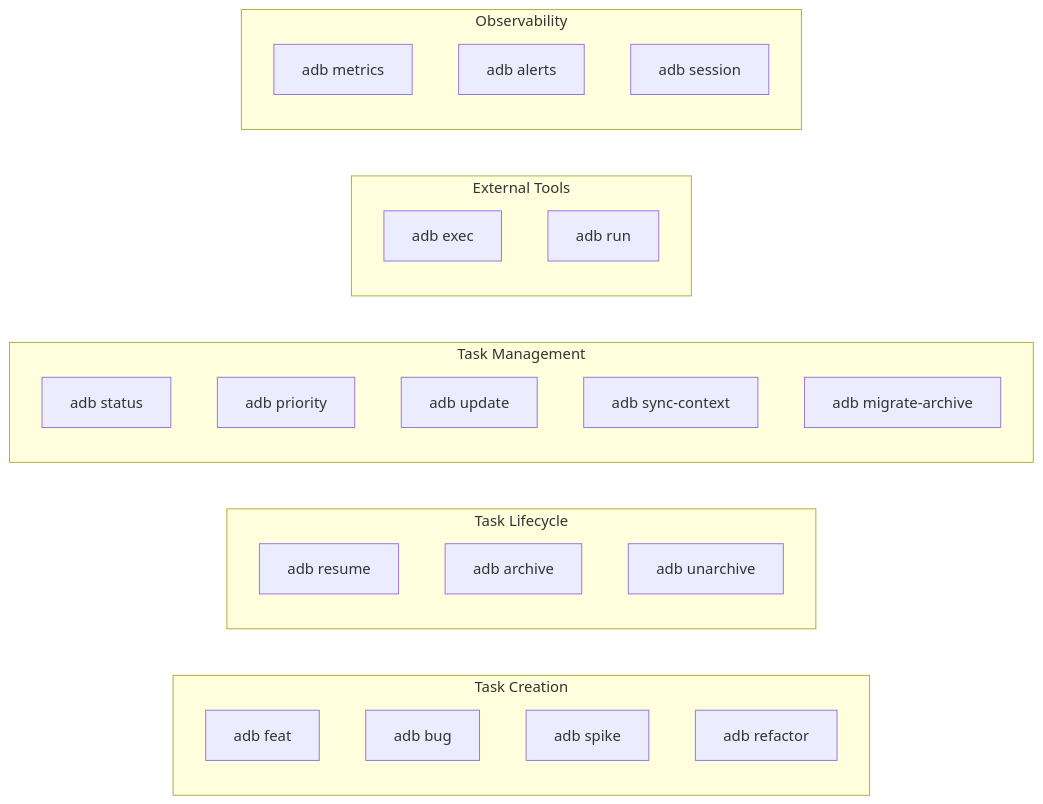
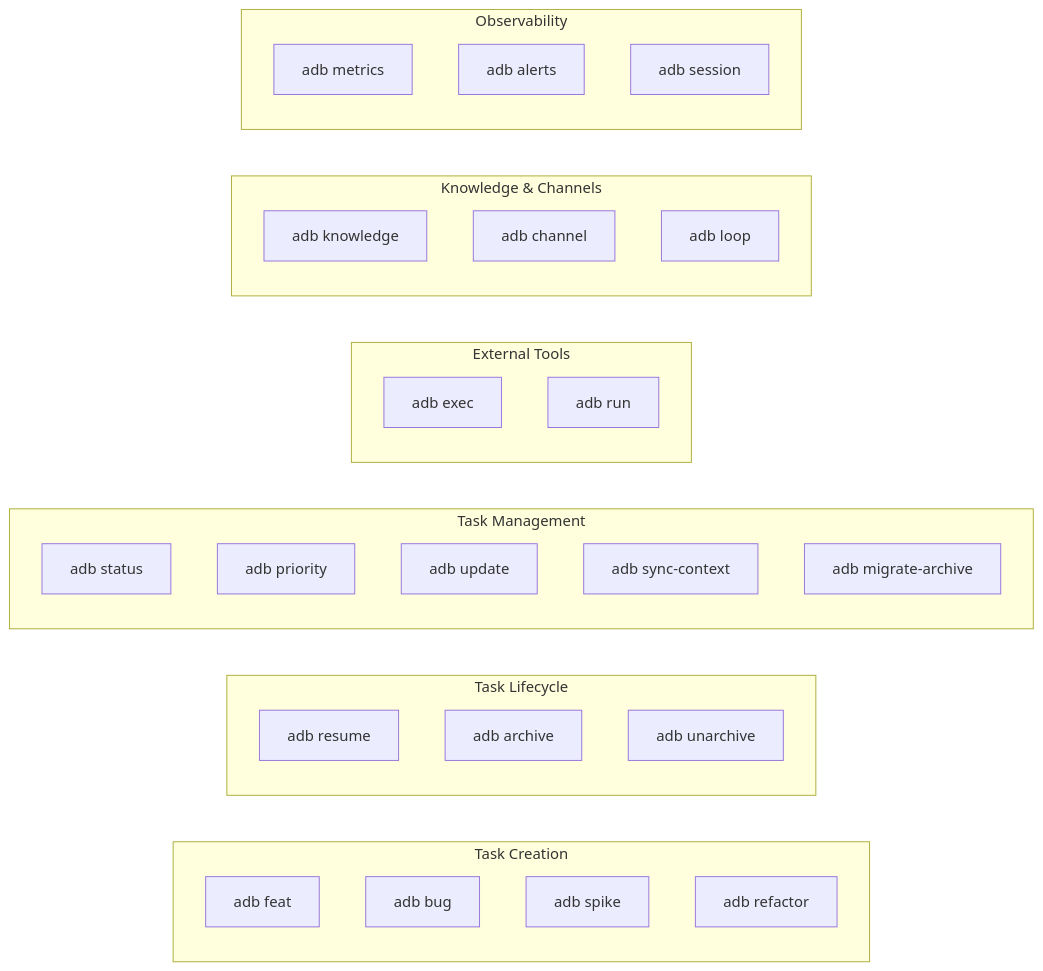
Before and after one commit to valter-silva-au/ai-dev-brain: the diagram in docs/commands.md, drawn with Mermaid. The commit also changed other lines of this file and 36 other files, not shown here.

First line of the commit message:
feat: add feedback loop, knowledge store, and channel adapter system (#21)

````diff
--- a/docs/commands.md
+++ b/docs/commands.md
@@ -8,34 +8,40 @@
 ```mermaid
 graph LR
     subgraph "Task Creation"
         feat["adb feat"]
         bug["adb bug"]
         spike["adb spike"]
         refactor["adb refactor"]
     end
 
     subgraph "Task Lifecycle"
         resume["adb resume"]
         archive["adb archive"]
         unarchive["adb unarchive"]
     end
 
     subgraph "Task Management"
         status["adb status"]
         priority["adb priority"]
         update["adb update"]
         syncctx["adb sync-context"]
         migrate["adb migrate-archive"]
     end
 
     subgraph "External Tools"
         exec["adb exec"]
         run["adb run"]
     end
 
+    subgraph "Knowledge & Channels"
+        knowledge["adb knowledge"]
+        channel["adb channel"]
+        loop["adb loop"]
+    end
+
     subgraph "Observability"
         metrics["adb metrics"]
         alerts["adb alerts"]
         session["adb session"]
     end
 ```
````
